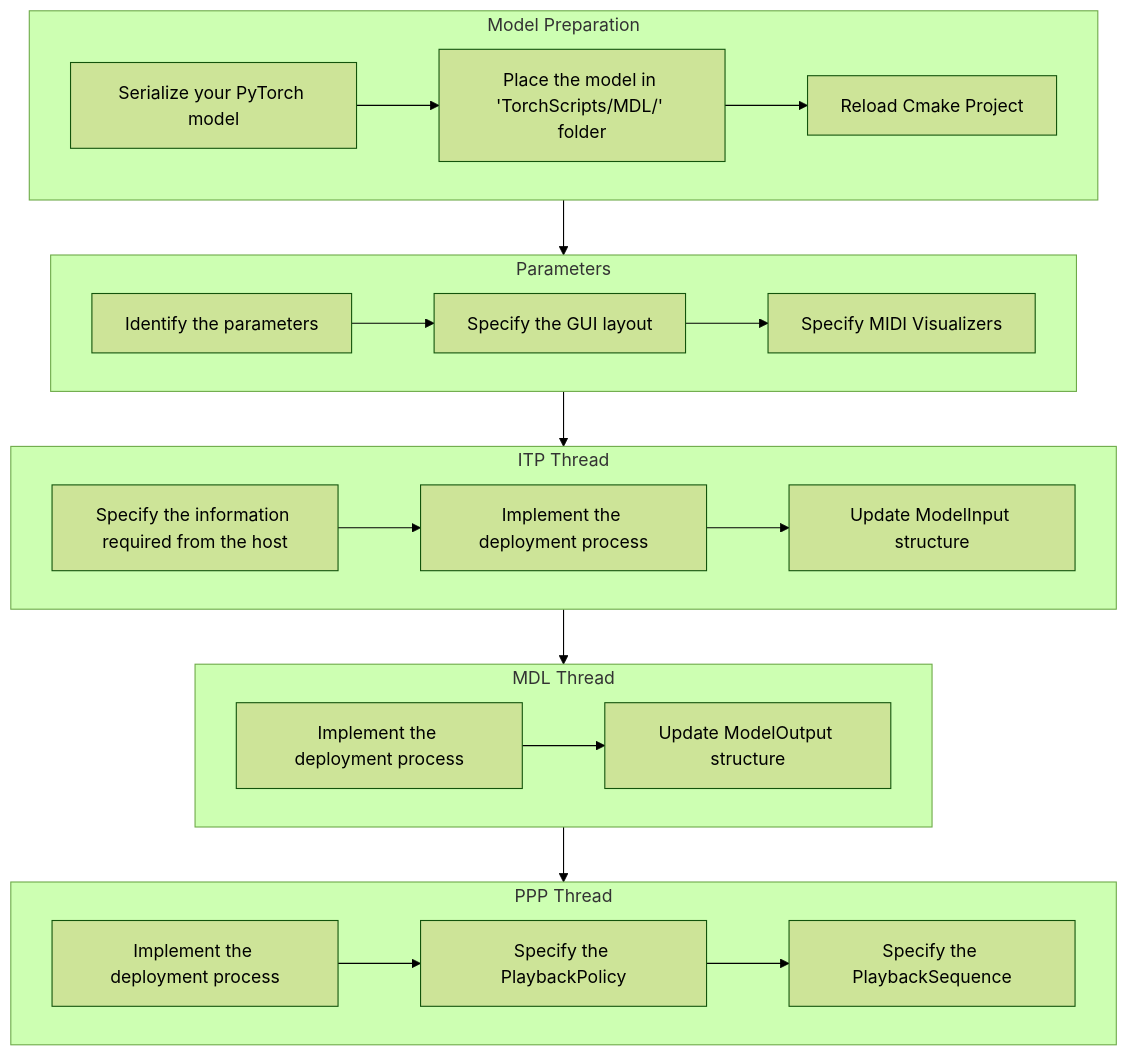
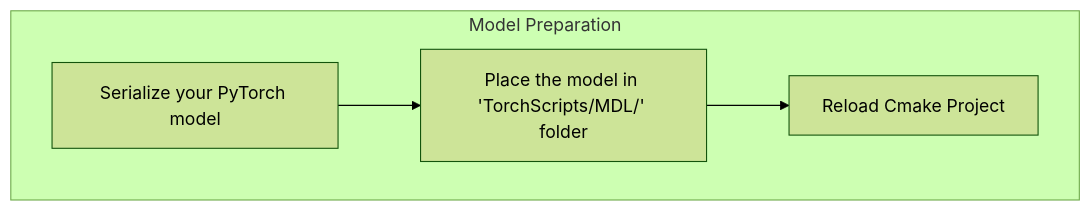
Before and after one commit to neuralmidifx/neuralmidifx.github.io: the first of 6 diagrams in docs/ImplementationCheckList.md, drawn with Mermaid (forest theme). The commit also changed other lines of this file, not shown here.

Commit message:
Checklist Updated

````diff
--- a/docs/ImplementationCheckList.md
+++ b/docs/ImplementationCheckList.md
@@ -49,39 +28,9 @@
 ```mermaid
 graph TD
 
     %% Your Model
     subgraph ModelPreparation["Model Preparation"]
         A1[Serialize your PyTorch model] --> A2[Place the model in 'TorchScripts/MDL/' folder]
         A2 --> A3[Reload Cmake Project]
     end
-
-    %% Parameters
-    subgraph Parameters
-        B1[Identify the parameters] --> B2[Specify the GUI layout]
-        B2 --> B3[Specify MIDI Visualizers]
-    end
-
-    %% ITP Thread
-    subgraph ITPThread["ITP Thread"]
-        C1[Specify the information required from the host] --> C2[Implement the deployment process]
-        C2 --> C3[Update ModelInput structure]
-    end
-
-    %% MDL Thread
-    subgraph MDLThread["MDL Thread"]
-        D1[Implement the deployment process] --> D2[Update ModelOutput structure]
-    end
-
-    %% PPP Thread
-    subgraph PPPThread["PPP Thread"]
-        E1[Implement the deployment process] --> E2[Specify the PlaybackPolicy]
-        E2 --> E3[Specify the PlaybackSequence]
-    end
-
-    %% Vertical Placement of Groups
-    ModelPreparation --> Parameters
-    Parameters --> ITPThread
-    ITPThread --> MDLThread
-    MDLThread --> PPPThread
-
 ```
````
